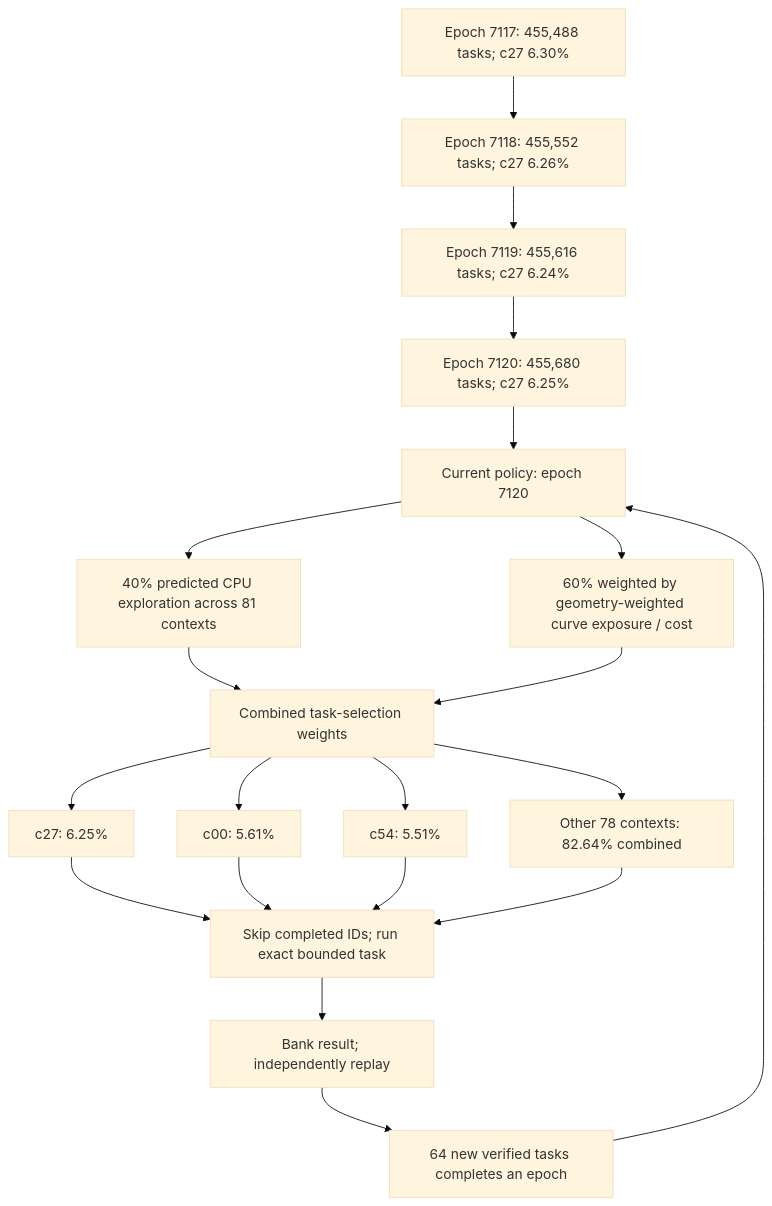
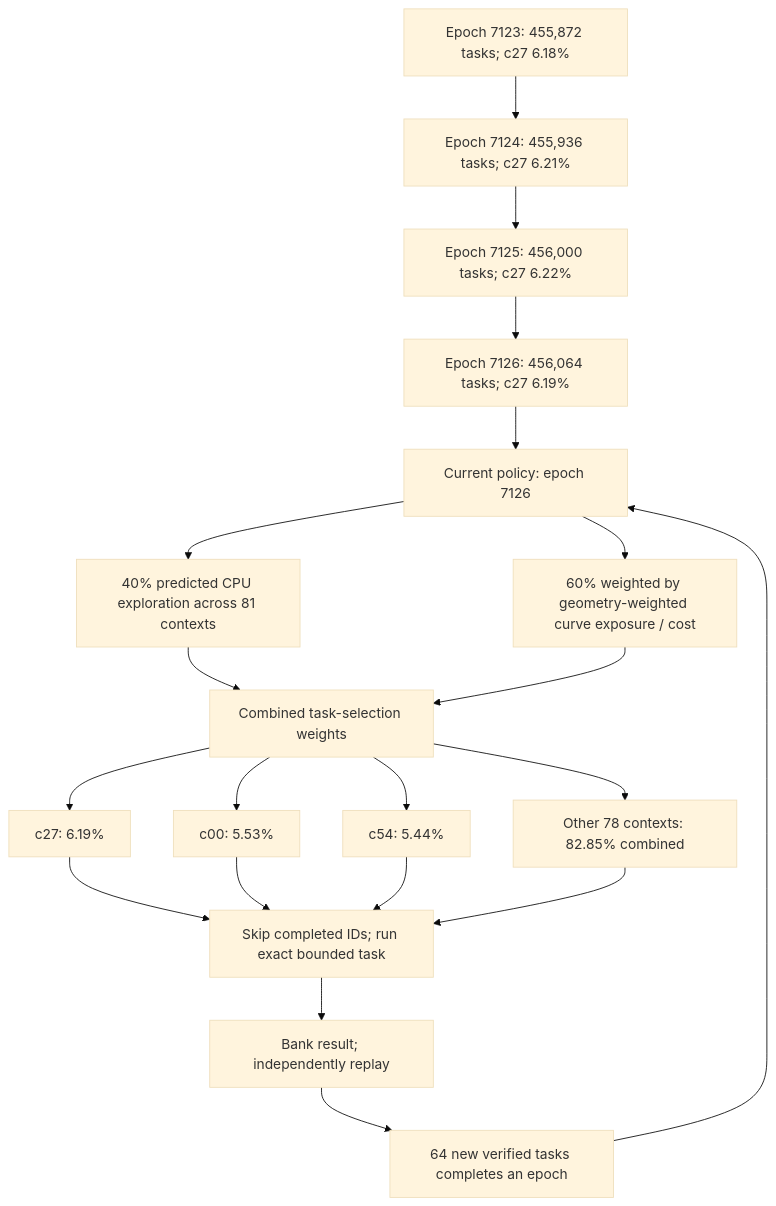
Before and after one commit to Kuberwastaken/math-gambling: the first of 4 diagrams in README.md, drawn with Mermaid (base theme). The commit also changed other lines of this file and 1506 other files, not shown here.

````diff
--- a/README.md
+++ b/README.md
@@ -60,27 +60,27 @@
 ```mermaid
 flowchart TD
-    H0["Epoch 7117: 455,488 tasks; c27 6.30%"]
-    H1["Epoch 7118: 455,552 tasks; c27 6.26%"]
+    H0["Epoch 7123: 455,872 tasks; c27 6.18%"]
+    H1["Epoch 7124: 455,936 tasks; c27 6.21%"]
     H0 --> H1
-    H2["Epoch 7119: 455,616 tasks; c27 6.24%"]
+    H2["Epoch 7125: 456,000 tasks; c27 6.22%"]
     H1 --> H2
-    H3["Epoch 7120: 455,680 tasks; c27 6.25%"]
+    H3["Epoch 7126: 456,064 tasks; c27 6.19%"]
     H2 --> H3
-    Policy["Current policy: epoch 7120"]
+    Policy["Current policy: epoch 7126"]
     H3 --> Policy
     Policy --> Explore["40% predicted CPU exploration across 81 contexts"]
     Policy --> Cost["60% weighted by geometry-weighted curve exposure / cost"]
     Explore --> Mix["Combined task-selection weights"]
     Cost --> Mix
-    Mix --> C0["c27: 6.25%"]
-    Mix --> C1["c00: 5.61%"]
-    Mix --> C2["c54: 5.51%"]
-    Mix --> Rest["Other 78 contexts: 82.64% combined"]
+    Mix --> C0["c27: 6.19%"]
+    Mix --> C1["c00: 5.53%"]
+    Mix --> C2["c54: 5.44%"]
+    Mix --> Rest["Other 78 contexts: 82.85% combined"]
     C0 --> Check["Skip completed IDs; run exact bounded task"]
     C1 --> Check
     C2 --> Check
     Rest --> Check
     Check --> Replay["Bank result; independently replay"]
     Replay --> Gate["64 new verified tasks completes an epoch"]
     Gate --> Policy
 ```
````
